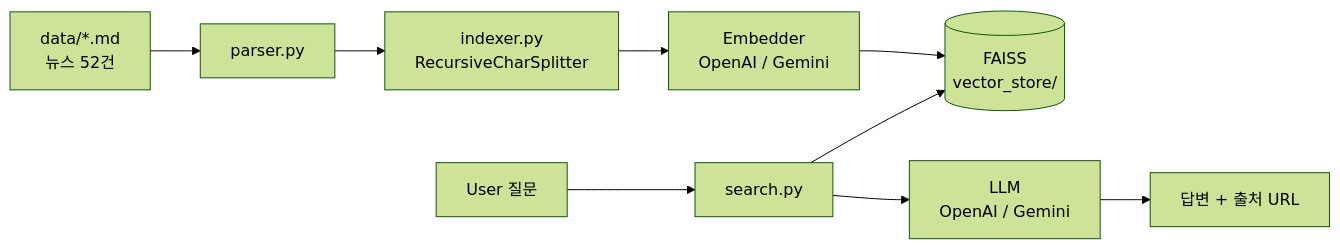
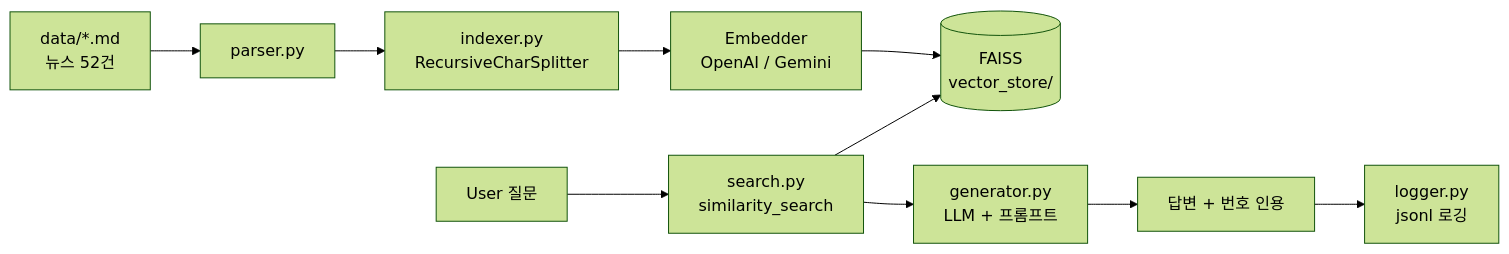
Before and after one commit to teena-not-tina/ai-news-rag: the diagram in README.md, drawn with Mermaid (forest theme). The commit also changed other lines of this file and 9 other files, not shown here.

````diff
--- a/README.md
+++ b/README.md
@@ -29,11 +29,12 @@
 ```mermaid
 flowchart LR
   A[data/*.md<br/>뉴스 52건] --> B[parser.py]
   B --> C[indexer.py<br/>RecursiveCharSplitter]
   C --> D[Embedder<br/>OpenAI / Gemini]
   D --> E[(FAISS<br/>vector_store/)]
-  F[User 질문] --> G[search.py]
+  F[User 질문] --> G[search.py<br/>similarity_search]
   G --> E
-  G --> H[LLM<br/>OpenAI / Gemini]
-  H --> I[답변 + 출처 URL]
+  G --> H[generator.py<br/>LLM + 프롬프트]
+  H --> I[답변 + 번호 인용]
+  I --> J[logger.py<br/>jsonl 로깅]
 ```
````
